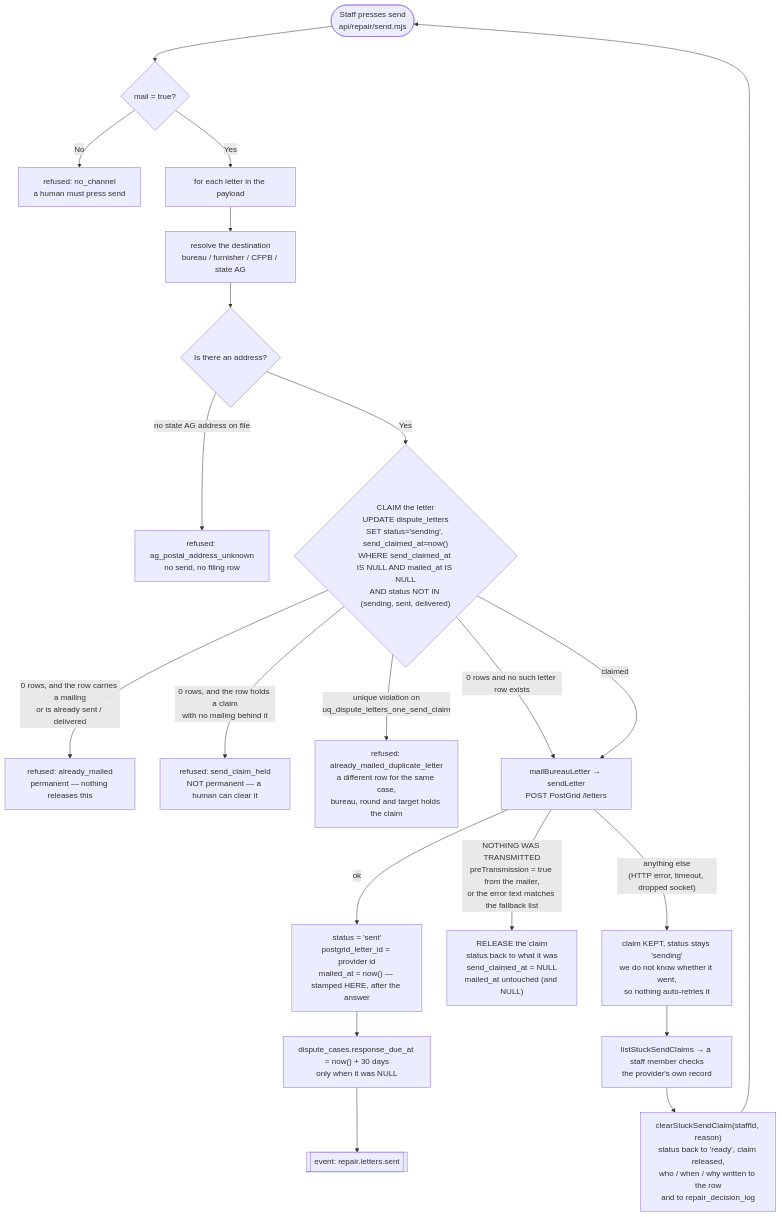
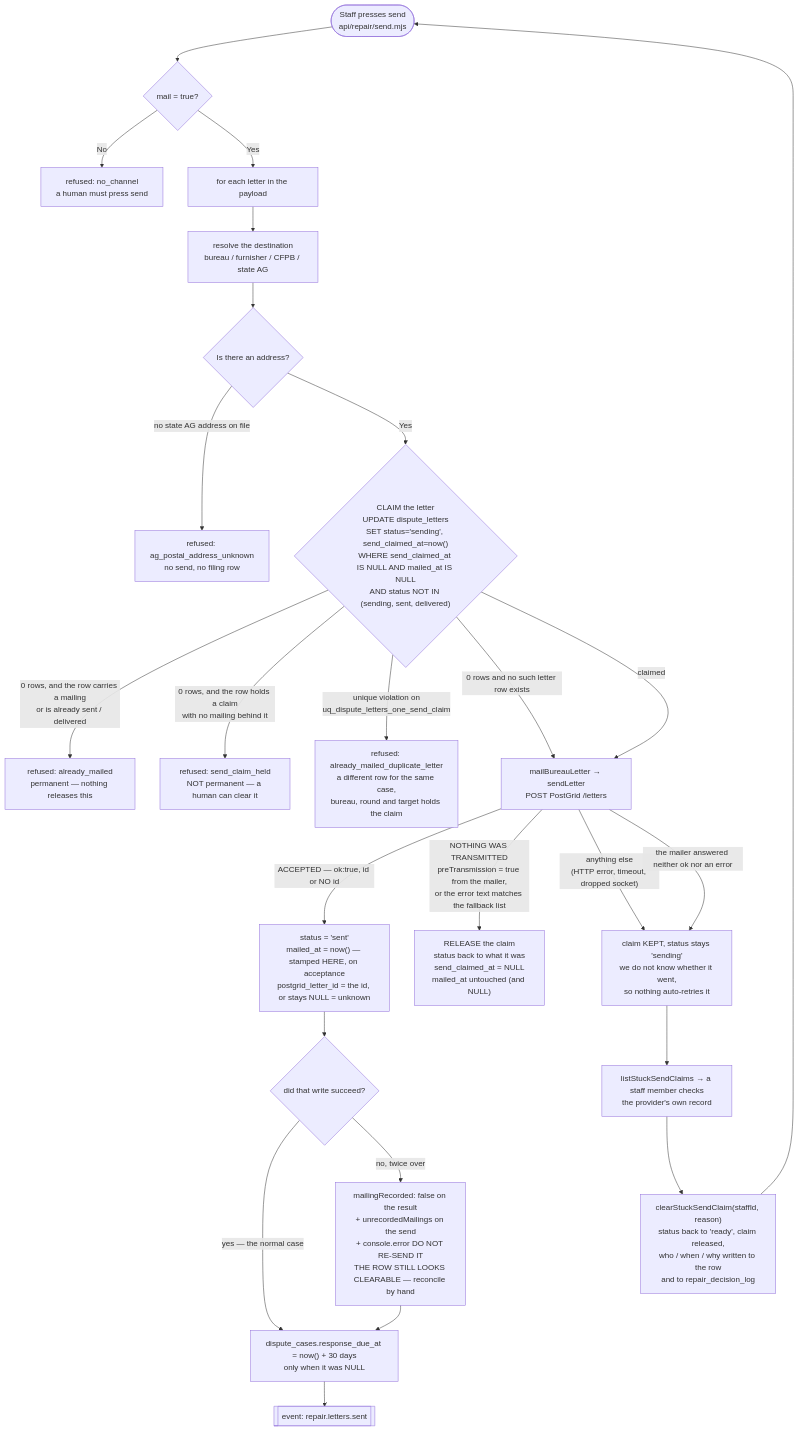
Before and after one commit to ZootimusMaximusSupreme/Fundhub_ai: the first of 2 diagrams in docs/journeys/repair-letter-send-actual.md, drawn with Mermaid. The commit also changed other lines of this file and 9 other files, not shown here.

First line of the commit message:
A letter the provider accepted is recorded as mailed, id or no id

````diff
--- a/docs/journeys/repair-letter-send-actual.md
+++ b/docs/journeys/repair-letter-send-actual.md
@@ -43,31 +80,36 @@
 ```mermaid
 flowchart TD
     POST([Staff presses send<br/>api/repair/send.mjs]) --> GATE{"mail = true?"}
     GATE -->|No| REF1["refused: no_channel<br/>a human must press send"]
     GATE -->|Yes| EACH["for each letter in the payload"]
 
     EACH --> ROUTE["resolve the destination<br/>bureau / furnisher / CFPB / state AG"]
     ROUTE --> ADDR{"Is there an address?"}
     ADDR -->|"no state AG address on file"| REF2["refused: ag_postal_address_unknown<br/>no send, no filing row"]
     ADDR -->|Yes| CLAIM
 
     CLAIM{"CLAIM the letter<br/>UPDATE dispute_letters<br/>SET status='sending', send_claimed_at=now()<br/>WHERE send_claimed_at IS NULL AND mailed_at IS NULL<br/>AND status NOT IN (sending, sent, delivered)"}
 
     CLAIM -->|"0 rows, and the row carries a mailing<br/>or is already sent / delivered"| REF3["refused: already_mailed<br/>permanent — nothing releases this"]
     CLAIM -->|"0 rows, and the row holds a claim<br/>with no mailing behind it"| REF5["refused: send_claim_held<br/>NOT permanent — a human can clear it"]
     CLAIM -->|"unique violation on<br/>uq_dispute_letters_one_send_claim"| REF4["refused: already_mailed_duplicate_letter<br/>a different row for the same case,<br/>bureau, round and target holds the claim"]
     CLAIM -->|"0 rows and no such letter row exists"| SEND
     CLAIM -->|"claimed"| SEND
 
     SEND["mailBureauLetter → sendLetter<br/>POST PostGrid /letters"]
 
-    SEND -->|"ok"| MARK["status = 'sent'<br/>postgrid_letter_id = provider id<br/>mailed_at = now() — stamped HERE, after the answer"]
+    SEND -->|"ACCEPTED — ok:true, id or NO id"| MARK["status = 'sent'<br/>mailed_at = now() — stamped HERE, on acceptance<br/>postgrid_letter_id = the id, or stays NULL = unknown"]
     SEND -->|"NOTHING WAS TRANSMITTED<br/>preTransmission = true from the mailer,<br/>or the error text matches the fallback list"| REL["RELEASE the claim<br/>status back to what it was<br/>send_claimed_at = NULL<br/>mailed_at untouched (and NULL)"]
     SEND -->|"anything else<br/>(HTTP error, timeout, dropped socket)"| STUCK["claim KEPT, status stays 'sending'<br/>we do not know whether it went,<br/>so nothing auto-retries it"]
+    SEND -->|"the mailer answered neither ok nor an error"| STUCK
 
-    MARK --> CLOCK["dispute_cases.response_due_at = now() + 30 days<br/>only when it was NULL"]
+    MARK --> WROTE{"did that write succeed?"}
+    WROTE -->|"yes — the normal case"| CLOCK
+    WROTE -->|"no, twice over"| UNREC["mailingRecorded: false on the result<br/>+ unrecordedMailings on the send<br/>+ console.error DO NOT RE-SEND IT<br/>THE ROW STILL LOOKS CLEARABLE — reconcile by hand"]
+    UNREC --> CLOCK
+    CLOCK["dispute_cases.response_due_at = now() + 30 days<br/>only when it was NULL"]
     CLOCK --> EV[["event: repair.letters.sent"]]
     STUCK --> HUMAN["listStuckSendClaims → a staff member checks<br/>the provider's own record"]
     HUMAN --> CLEAR["clearStuckSendClaim(staffId, reason)<br/>status back to 'ready', claim released,<br/>who / when / why written to the row<br/>and to repair_decision_log"]
     CLEAR --> POST
 ```
````
